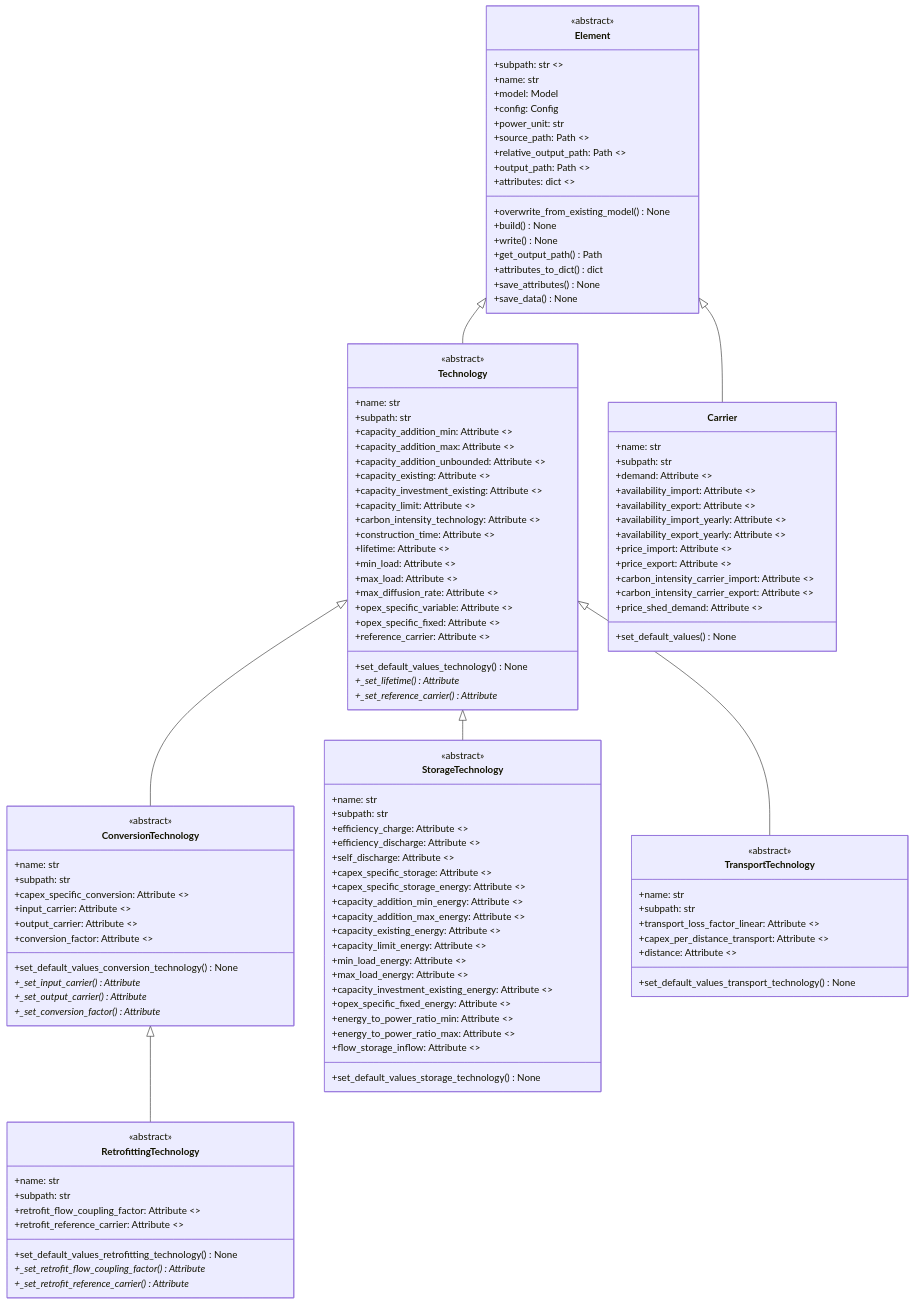
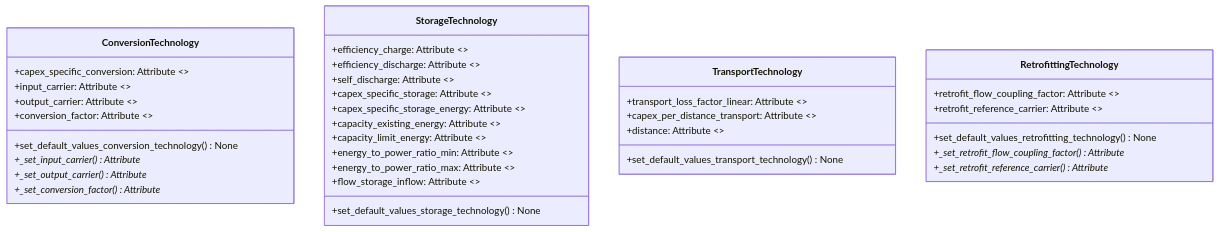
The seventh of 8 diagrams in docs/files/developer_guide/class_diagram.rst (ZEN-universe/ZEN-creator), drawn with Mermaid before and after one commit. The commit also changed other lines of this file and 1 other file, not shown here.

```diff
--- a/docs/files/developer_guide/class_diagram.rst
+++ b/docs/files/developer_guide/class_diagram.rst
@@ -111,67 +285,7 @@
    :zoom:
 
    classDiagram
-       class Element {
-           +subpath: str <<class variable>>
-           +name: str
-           +model: Model
-           +config: Config
-           +power_unit: str
-           +source_path: Path <<property>>
-           +relative_output_path: Path <<property>>
-           +output_path: Path <<property>>
-           +attributes: dict <<property>>
-           +overwrite_from_existing_model() None
-           +build() None
-           +write() None
-           +get_output_path() Path
-           +attributes_to_dict() dict
-           +save_attributes() None
-           +save_data() None
-       }
-
-       class Technology {
-           +name: str
-           +subpath: str
-           +capacity_addition_min: Attribute <<property>>
-           +capacity_addition_max: Attribute <<property>>
-           +capacity_addition_unbounded: Attribute <<property>>
-           +capacity_existing: Attribute <<property>>
-           +capacity_investment_existing: Attribute <<property>>
-           +capacity_limit: Attribute <<property>>
-           +carbon_intensity_technology: Attribute <<property>>
-           +construction_time: Attribute <<property>>
-           +lifetime: Attribute <<property>>
-           +min_load: Attribute <<property>>
-           +max_load: Attribute <<property>>
-           +max_diffusion_rate: Attribute <<property>>
-           +opex_specific_variable: Attribute <<property>>
-           +opex_specific_fixed: Attribute <<property>>
-           +reference_carrier: Attribute <<property>>
-           +set_default_values_technology() None
-           +_set_lifetime() Attribute*
-           +_set_reference_carrier() Attribute*
-       }
-
-       class Carrier {
-           +name: str
-           +subpath: str
-           +demand: Attribute <<property>>
-           +availability_import: Attribute <<property>>
-           +availability_export: Attribute <<property>>
-           +availability_import_yearly: Attribute <<property>>
-           +availability_export_yearly: Attribute <<property>>
-           +price_import: Attribute <<property>>
-           +price_export: Attribute <<property>>
-           +carbon_intensity_carrier_import: Attribute <<property>>
-           +carbon_intensity_carrier_export: Attribute <<property>>
-           +price_shed_demand: Attribute <<property>>
-           +set_default_values() None
-       }
-
        class ConversionTechnology {
-           +name: str
-           +subpath: str
            +capex_specific_conversion: Attribute <<property>>
            +input_carrier: Attribute <<property>>
            +output_carrier: Attribute <<property>>
@@ -183,56 +297,30 @@
        }
 
        class StorageTechnology {
-           +name: str
-           +subpath: str
            +efficiency_charge: Attribute <<property>>
            +efficiency_discharge: Attribute <<property>>
            +self_discharge: Attribute <<property>>
            +capex_specific_storage: Attribute <<property>>
            +capex_specific_storage_energy: Attribute <<property>>
-           +capacity_addition_min_energy: Attribute <<property>>
-           +capacity_addition_max_energy: Attribute <<property>>
            +capacity_existing_energy: Attribute <<property>>
            +capacity_limit_energy: Attribute <<property>>
-           +min_load_energy: Attribute <<property>>
-           +max_load_energy: Attribute <<property>>
-           +capacity_investment_existing_energy: Attribute <<property>>
-           +opex_specific_fixed_energy: Attribute <<property>>
            +energy_to_power_ratio_min: Attribute <<property>>
            +energy_to_power_ratio_max: Attribute <<property>>
            +flow_storage_inflow: Attribute <<property>>
            +set_default_values_storage_technology() None
        }
 
+       class TransportTechnology {
+           +transport_loss_factor_linear: Attribute <<property>>
+           +capex_per_distance_transport: Attribute <<property>>
+           +distance: Attribute <<property>>
+           +set_default_values_transport_technology() None
+       }
+
        class RetrofittingTechnology {
-           +name: str
-           +subpath: str
            +retrofit_flow_coupling_factor: Attribute <<property>>
            +retrofit_reference_carrier: Attribute <<property>>
            +set_default_values_retrofitting_technology() None
            +_set_retrofit_flow_coupling_factor() Attribute*
            +_set_retrofit_reference_carrier() Attribute*
        }
-
-       class TransportTechnology {
-           +name: str
-           +subpath: str
-           +transport_loss_factor_linear: Attribute <<property>>
-           +capex_per_distance_transport: Attribute <<property>>
-           +distance: Attribute <<property>>
-           +set_default_values_transport_technology() None
-       }
-
-       <<abstract>> Element
-       <<abstract>> Technology
-       <<abstract>> ConversionTechnology
-       <<abstract>> StorageTechnology
-       <<abstract>> RetrofittingTechnology
-       <<abstract>> TransportTechnology
-
-       Element <|-- Technology
-       Element <|-- Carrier
-       Technology <|-- ConversionTechnology
-       Technology <|-- StorageTechnology
-       Technology <|-- TransportTechnology
-       ConversionTechnology <|-- RetrofittingTechnology
```
